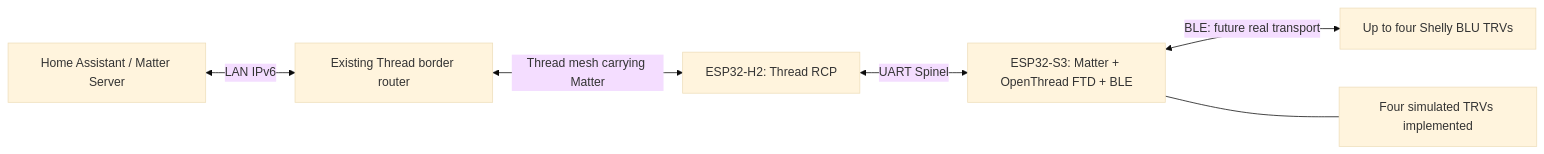
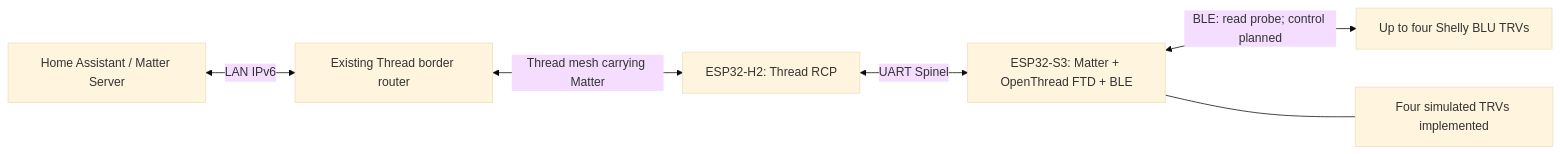
Before and after one commit to acuiuli/shelly-blu-matter-bridge: the diagram in README.md, drawn with Mermaid (base theme). The commit also changed 1 other file, not shown here.

Commit message:
Clarify read-probe architecture and task ownership

````diff
--- a/README.md
+++ b/README.md
@@ -18,8 +18,8 @@
 ```mermaid
 flowchart LR
     HA[Home Assistant / Matter Server] <-->|LAN IPv6| BR[Existing Thread border router]
     BR <-->|Thread mesh carrying Matter| H2[ESP32-H2: Thread RCP]
     H2 <-->|UART Spinel| S3[ESP32-S3: Matter + OpenThread FTD + BLE]
-    S3 <-->|BLE: future real transport| TRV[Up to four Shelly BLU TRVs]
+    S3 <-->|BLE: read probe; control planned| TRV[Up to four Shelly BLU TRVs]
     S3 --- SIM[Four simulated TRVs implemented]
 ```
````
